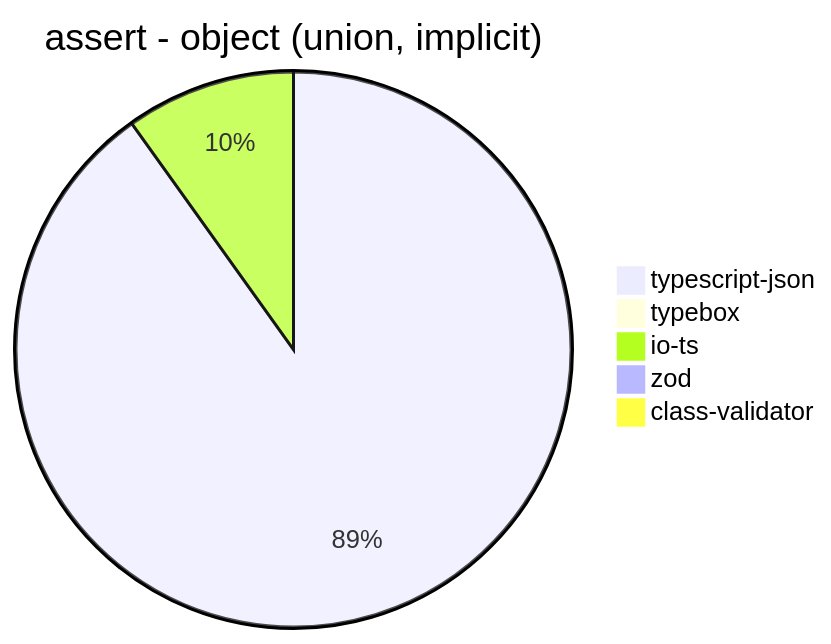
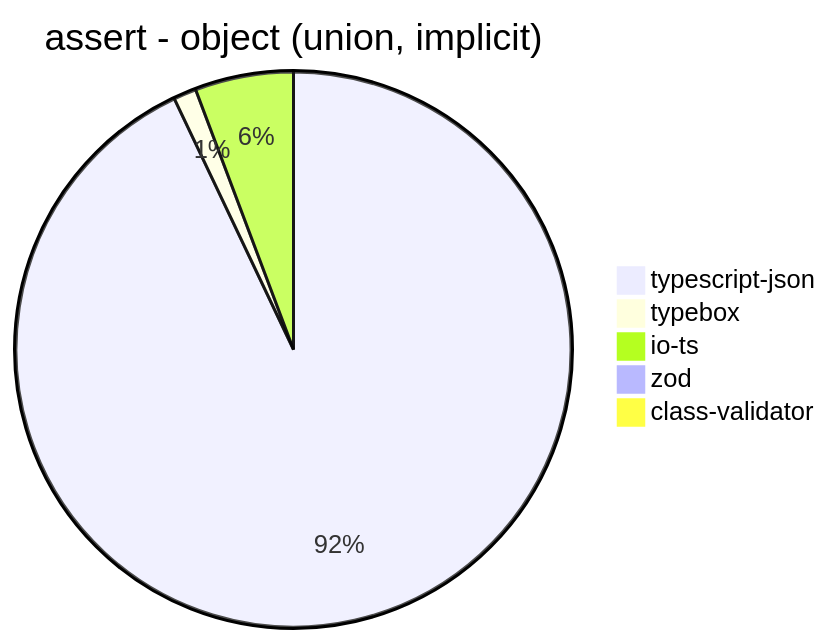
Before and after one commit to samchon/typia: diagram 12 of 39 in benchmark/results/11th Gen Intel(R) Core(TM) i5-1135G7 @ 2.40GHz.md, drawn with Mermaid. The commit also changed other lines of this file and 7 other files, not shown here.

````diff
--- a/benchmark/results/11th Gen Intel(R) Core(TM) i5-1135G7 @ 2.40GHz.md
+++ b/benchmark/results/11th Gen Intel(R) Core(TM) i5-1135G7 @ 2.40GHz.md
@@ -156,8 +156,8 @@
 ```mermaid
 pie title assert - object (union, implicit)
-  "typescript-json": 4578.986039676708
-  "typebox": 0
-  "io-ts": 502.2956841138659
-  "zod": 45.82311898925137
-  "class-validator": 16.577638607478356
+  "typescript-json": 4546.048944517093
+  "typebox": 64.92564381574175
+  "io-ts": 280.3548327481057
+  "zod": 17.894142022979846
+  "class-validator": 15.852534562211982
 ```
````
